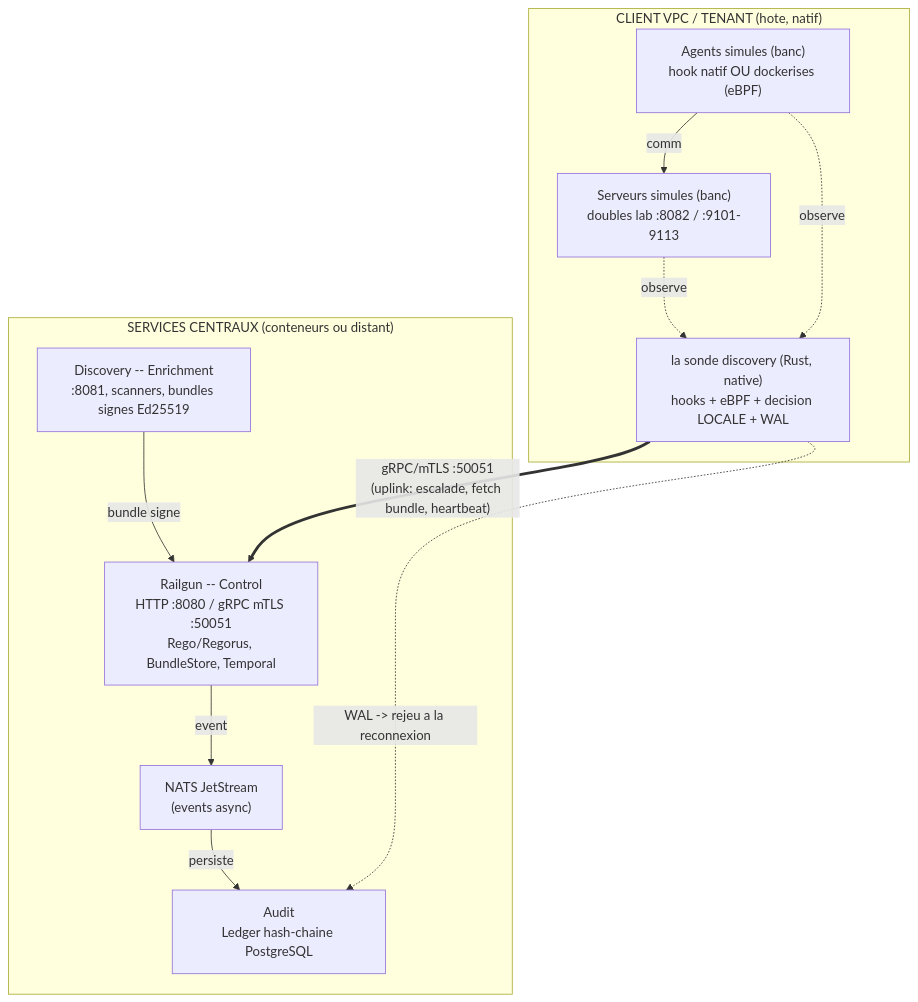
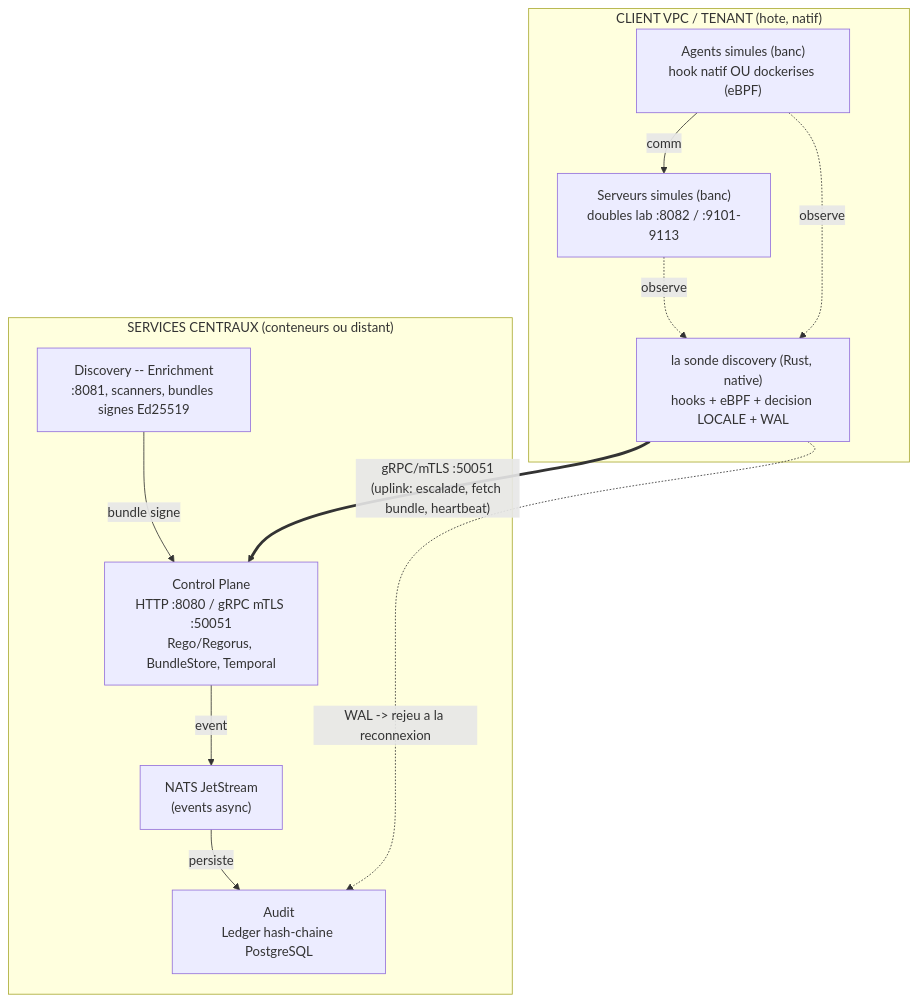
Before and after one commit to mo0ogly/recette_IA_agents: the seventh of 10 diagrams in docs/plans/2026-06-16-discovery-probe-recette-host-docker-design.md, drawn with Mermaid. The commit also changed other lines of this file and 15 other files, not shown here.

First line of the commit message:
refactor(naming): retire 'Railgun' prose -> the control plane; drop legacy product alias

````diff
--- a/docs/plans/2026-06-16-discovery-probe-recette-host-docker-design.md
+++ b/docs/plans/2026-06-16-discovery-probe-recette-host-docker-design.md
@@ -226,24 +226,24 @@
 ```mermaid
 flowchart TB
     subgraph VPC["CLIENT VPC / TENANT (hote, natif)"]
         AGENTS["Agents simules (banc)<br/>hook natif OU dockerises (eBPF)"]
         SERVERS["Serveurs simules (banc)<br/>doubles lab :8082 / :9101-9113"]
         PROBE["la sonde discovery (Rust, native)<br/>hooks + eBPF + decision LOCALE + WAL"]
         AGENTS -->|comm| SERVERS
         AGENTS -. observe .-> PROBE
         SERVERS -. observe .-> PROBE
     end
 
     subgraph CENTRAL["SERVICES CENTRAUX (conteneurs ou distant)"]
-        RAILGUN["Railgun -- Control<br/>HTTP :8080 / gRPC mTLS :50051<br/>Rego/Regorus, BundleStore, Temporal"]
+        CONTROL["Control Plane<br/>HTTP :8080 / gRPC mTLS :50051<br/>Rego/Regorus, BundleStore, Temporal"]
         DISCOVERY["Discovery -- Enrichment<br/>:8081, scanners, bundles signes Ed25519"]
         NATS["NATS JetStream<br/>(events async)"]
         AUDIT["Audit<br/>Ledger hash-chaine PostgreSQL"]
     end
 
-    PROBE ==>|"gRPC/mTLS :50051<br/>(uplink: escalade, fetch bundle, heartbeat)"| RAILGUN
-    DISCOVERY -->|"bundle signe"| RAILGUN
-    RAILGUN -->|"event"| NATS
+    PROBE ==>|"gRPC/mTLS :50051<br/>(uplink: escalade, fetch bundle, heartbeat)"| CONTROL
+    DISCOVERY -->|"bundle signe"| CONTROL
+    CONTROL -->|"event"| NATS
     NATS -->|"persiste"| AUDIT
     PROBE -. "WAL -> rejeu a la reconnexion" .-> AUDIT
 ```
````
